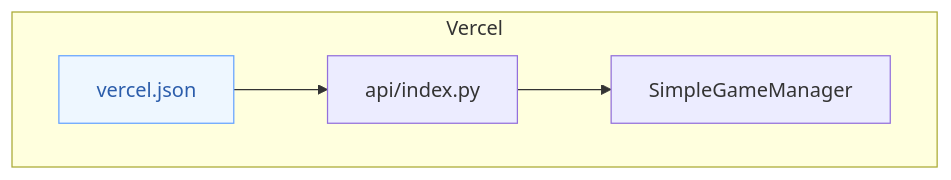
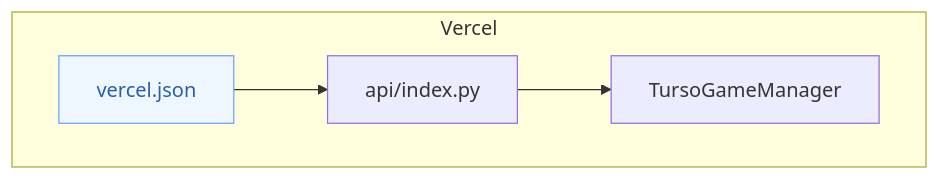
Before and after one commit to nibzard/poachers: the seventh of 7 diagrams in DIAGRAMS.md, drawn with Mermaid. The commit also changed other lines of this file and 7 other files, not shown here.

````diff
--- a/DIAGRAMS.md
+++ b/DIAGRAMS.md
@@ -150,9 +150,9 @@
 ```mermaid
 flowchart TB
     subgraph Vercel
-        C["api/index.py"] --> SGM["SimpleGameManager"]
+        C["api/index.py"] --> TGM["TursoGameManager"]
         vercel["vercel.json"]:::cfg --> C
     end
 
     classDef cfg fill:#eef7ff,stroke:#66a3ff,color:#2b5dab
 ```
````
